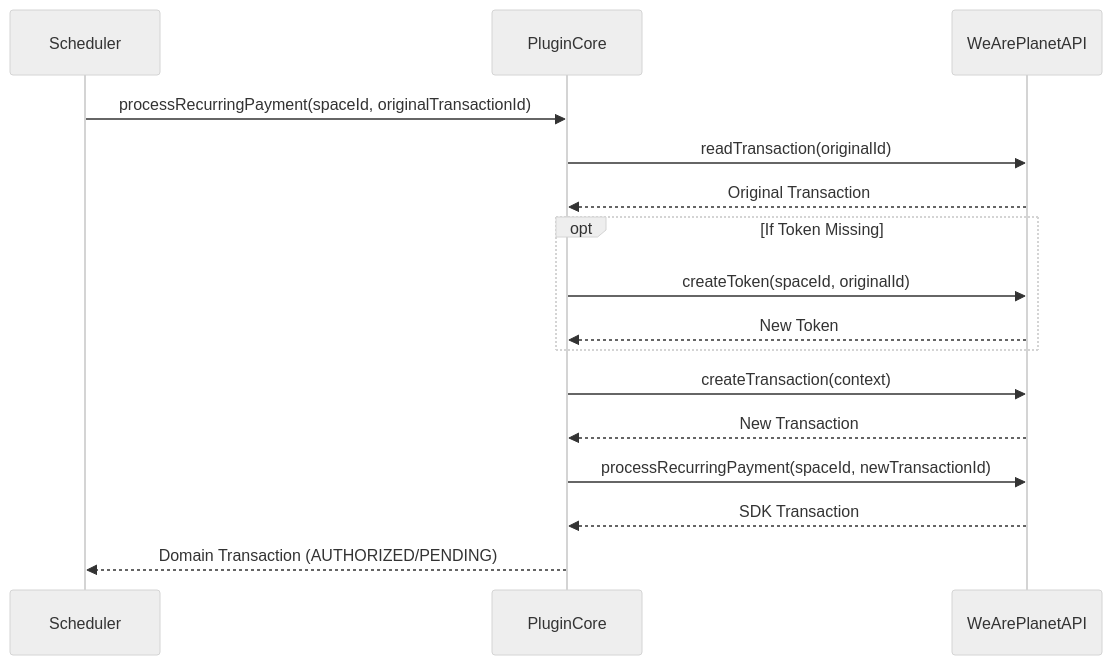
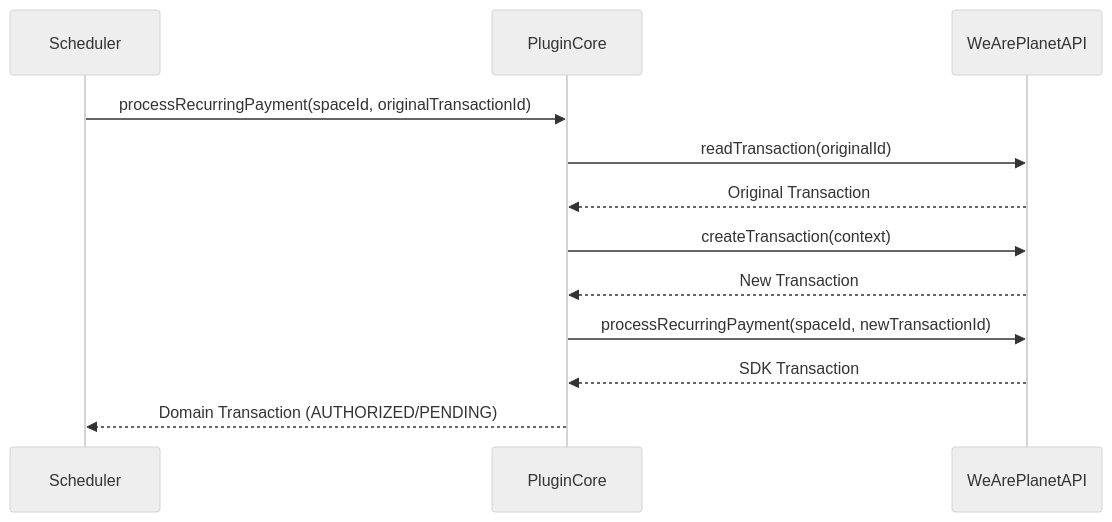
Before and after one commit to weareplanet/plugin-core: the diagram in docs/Recurring/README.md, drawn with Mermaid (neutral theme). The commit also changed other lines of this file and 47 other files, not shown here.

````diff
--- a/docs/Recurring/README.md
+++ b/docs/Recurring/README.md
@@ -64,22 +79,17 @@
 ```mermaid
 sequenceDiagram
     participant Scheduler
     participant PluginCore
     participant WeArePlanetAPI
 
     Scheduler->>PluginCore: processRecurringPayment(spaceId, originalTransactionId)
     PluginCore->>WeArePlanetAPI: readTransaction(originalId)
     WeArePlanetAPI-->>PluginCore: Original Transaction
-    
-    opt If Token Missing
-        PluginCore->>WeArePlanetAPI: createToken(spaceId, originalId)
-        WeArePlanetAPI-->>PluginCore: New Token
-    end
 
     PluginCore->>WeArePlanetAPI: createTransaction(context)
     WeArePlanetAPI-->>PluginCore: New Transaction
 
     PluginCore->>WeArePlanetAPI: processRecurringPayment(spaceId, newTransactionId)
     WeArePlanetAPI-->>PluginCore: SDK Transaction
     PluginCore-->>Scheduler: Domain Transaction (AUTHORIZED/PENDING)
 ```
````
